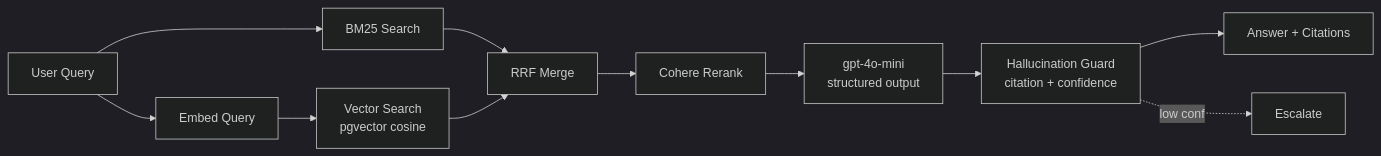
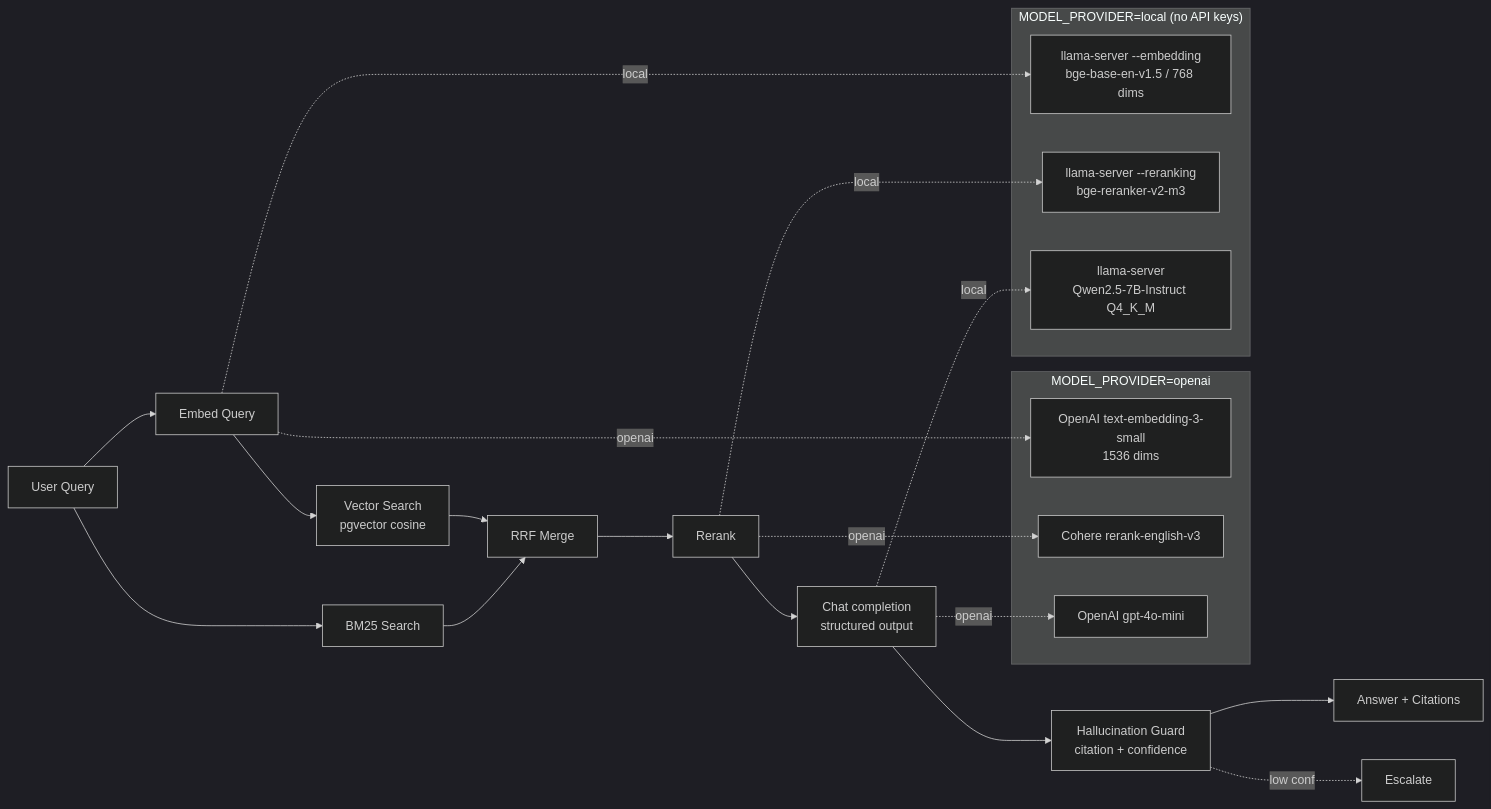
The diagram in plan.md (heda-freelance/f1-support-copilot), drawn with Mermaid (dark theme) before and after one commit. The commit also changed other lines of this file, not shown here.

First line of the commit message:
docs(plan): route remaining tasks through the provider abstraction

````diff
--- a/plan.md
+++ b/plan.md
@@ -3181,13 +3574,32 @@
 ```mermaid
 flowchart LR
   Q[User Query] --> EQ[Embed Query]
   Q --> KW[BM25 Search]
   EQ --> VS[Vector Search<br/>pgvector cosine]
   KW --> RRF[RRF Merge]
   VS --> RRF
-  RRF --> RR[Cohere Rerank]
-  RR --> GEN[gpt-4o-mini<br/>structured output]
+  RRF --> RR[Rerank]
+  RR --> GEN[Chat completion<br/>structured output]
   GEN --> GUARD[Hallucination Guard<br/>citation + confidence]
   GUARD --> A[Answer + Citations]
   GUARD -. low conf .-> ESC[Escalate]
+
+  subgraph "MODEL_PROVIDER=openai"
+    EQ_OAI[OpenAI text-embedding-3-small<br/>1536 dims]
+    RR_COH[Cohere rerank-english-v3]
+    GEN_OAI[OpenAI gpt-4o-mini]
+  end
+
+  subgraph "MODEL_PROVIDER=local (no API keys)"
+    EQ_LOC[llama-server --embedding<br/>bge-base-en-v1.5 / 768 dims]
+    RR_LOC[llama-server --reranking<br/>bge-reranker-v2-m3]
+    GEN_LOC[llama-server<br/>Qwen2.5-7B-Instruct Q4_K_M]
+  end
+
+  EQ -.openai.-> EQ_OAI
+  EQ -.local.-> EQ_LOC
+  RR -.openai.-> RR_COH
+  RR -.local.-> RR_LOC
+  GEN -.openai.-> GEN_OAI
+  GEN -.local.-> GEN_LOC
 ```
````
